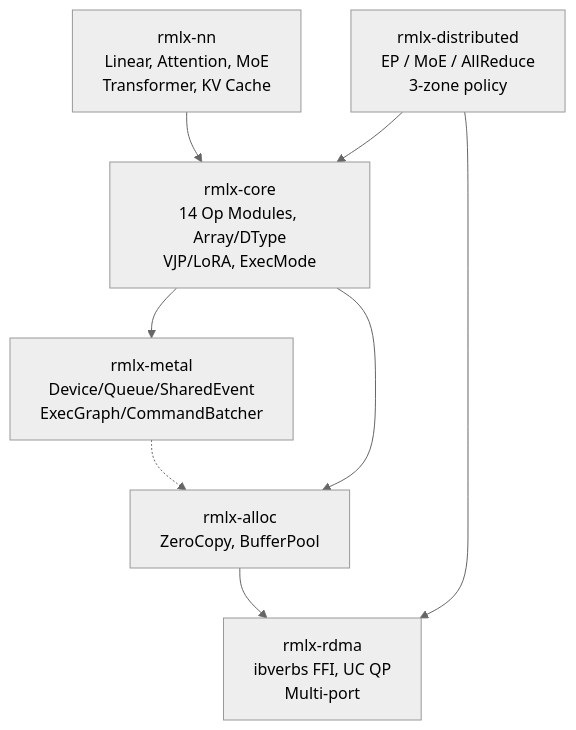
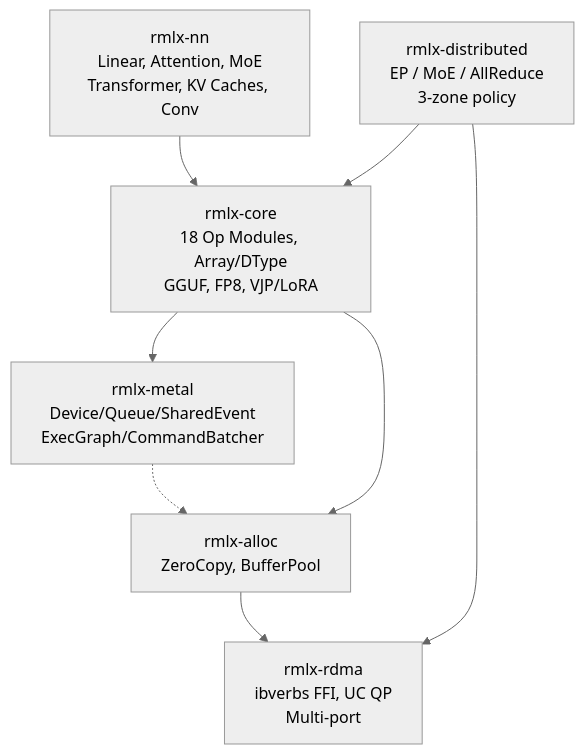
One commit to 0xDaizz/RMLX changed the diagram in README.md. Above: the diagram before and after it, drawn with Mermaid (neutral theme). The commit also changed other lines of this file and 30 other files, not shown here.

````diff
--- a/README.md
+++ b/README.md
@@ -63,17 +67,17 @@
 ```mermaid
 graph TD
-    NN["rmlx-nn<br/>Linear, Attention, MoE<br/>Transformer, KV Cache"]
-    CORE["rmlx-core<br/>14 Op Modules, Array/DType<br/>VJP/LoRA, ExecMode"]
+    NN["rmlx-nn<br/>Linear, Attention, MoE<br/>Transformer, KV Caches, Conv"]
+    CORE["rmlx-core<br/>18 Op Modules, Array/DType<br/>GGUF, FP8, VJP/LoRA"]
     DIST["rmlx-distributed<br/>EP / MoE / AllReduce<br/>3-zone policy"]
     METAL["rmlx-metal<br/>Device/Queue/SharedEvent<br/>ExecGraph/CommandBatcher"]
     ALLOC["rmlx-alloc<br/>ZeroCopy, BufferPool"]
     RDMA["rmlx-rdma<br/>ibverbs FFI, UC QP<br/>Multi-port"]
 
     NN --> CORE
     CORE --> METAL
     CORE --> ALLOC
     DIST --> CORE
     DIST --> RDMA
     ALLOC --> RDMA
     METAL -.-> ALLOC
 ```
````
